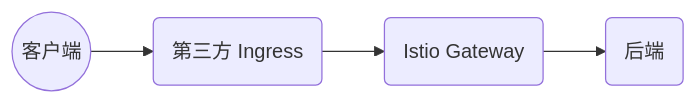
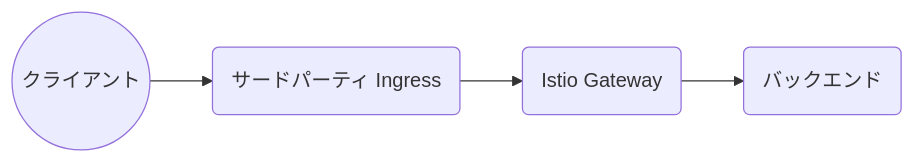
Before and after one commit to Aias00/istio.io: the second of 2 diagrams in content/ja/docs/ops/integrations/loadbalancers/index.md, drawn with Mermaid. The commit also changed other lines of this file and 247 other files, not shown here.

```diff
--- a/content/ja/docs/ops/integrations/loadbalancers/index.md
+++ b/content/ja/docs/ops/integrations/loadbalancers/index.md
@@ -36,10 +28,10 @@
 {{< mermaid >}}
 graph LR
-    cc((客户端))
-    tpi(第三方 Ingress)
-    ii(Istio Gateway)
-    a(后端)
-    cc-->tpi
-    tpi-->ii
-    ii-->a
+cc((クライアント))
+tpi(サードパーティ Ingress)
+ii(Istio Gateway)
+a(バックエンド)
+cc-->tpi
+tpi-->ii
+ii-->a
 {{< /mermaid >}}
```
